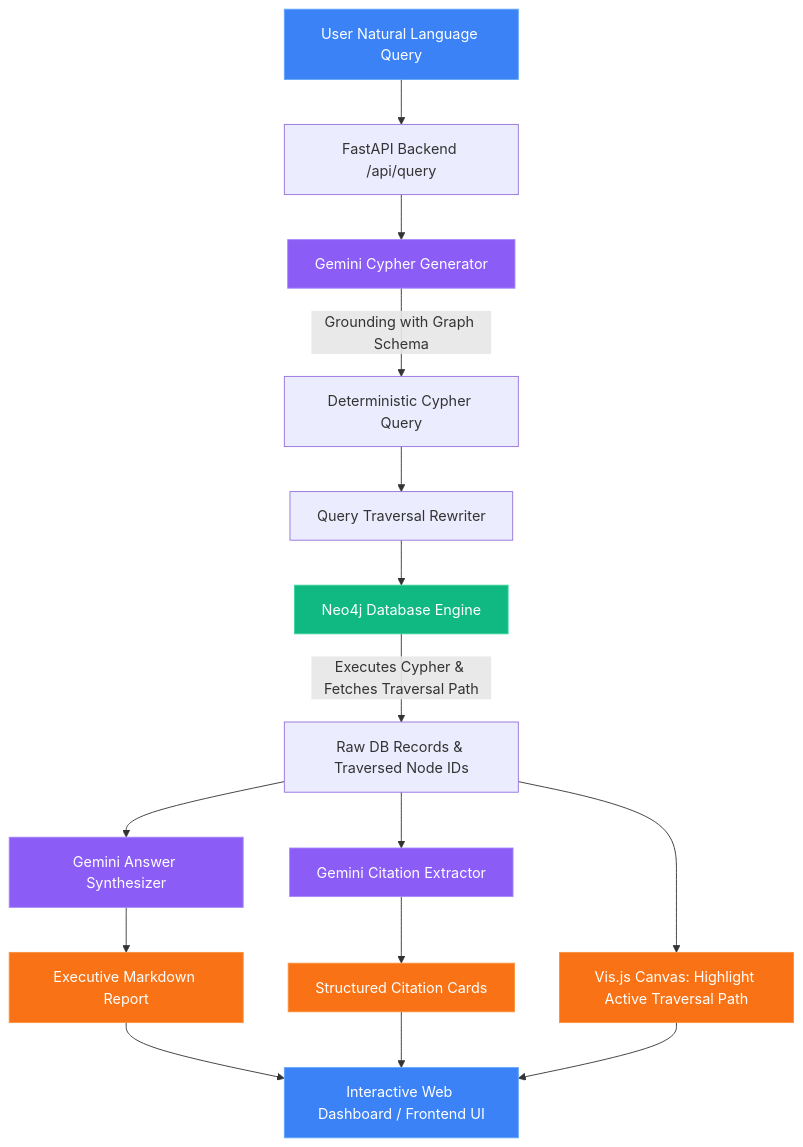
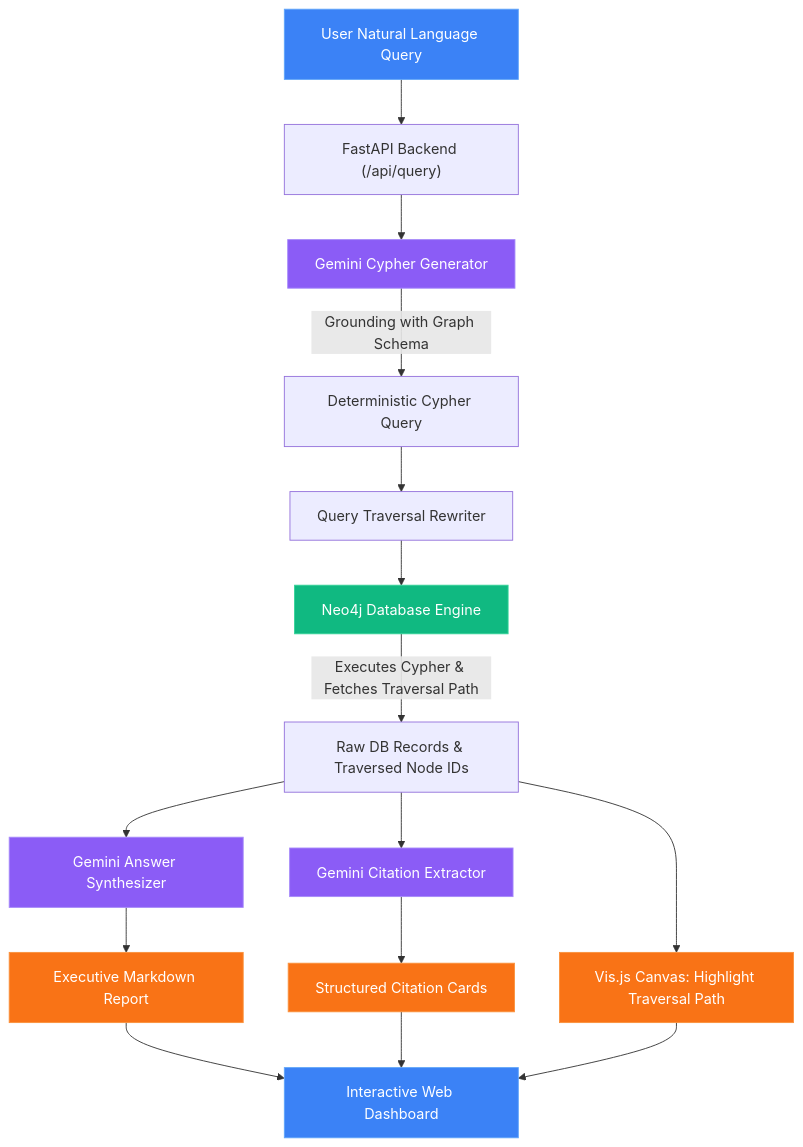
Before and after one commit to mdansaridw/Knowledge-Graph-Rag: the first of 2 diagrams in README.md, drawn with Mermaid. The commit also changed other lines of this file, not shown here.

Commit message:
fix(docs): resolve LaTeX math underscore and Mermaid diamond syntax errors in README

````diff
--- a/README.md
+++ b/README.md
@@ -59,25 +61,25 @@
 ```mermaid
 graph TD
-    A[User Natural Language Query] --> B[FastAPI Backend /api/query]
-    B --> C[Gemini Cypher Generator]
-    C -->|Grounding with Graph Schema| D[Deterministic Cypher Query]
-    D --> E[Query Traversal Rewriter]
-    E --> F[Neo4j Database Engine]
-    F -->|Executes Cypher & Fetches Traversal Path| G[Raw DB Records & Traversed Node IDs]
-    G --> H[Gemini Answer Synthesizer]
-    G --> I[Gemini Citation Extractor]
-    H --> J[Executive Markdown Report]
-    I --> K[Structured Citation Cards]
-    G --> L[Vis.js Canvas: Highlight Active Traversal Path]
-    J & K & L --> M[Interactive Web Dashboard / Frontend UI]
+    A["User Natural Language Query"] --> B["FastAPI Backend (/api/query)"]
+    B --> C["Gemini Cypher Generator"]
+    C -->|Grounding with Graph Schema| D["Deterministic Cypher Query"]
+    D --> E["Query Traversal Rewriter"]
+    E --> F["Neo4j Database Engine"]
+    F -->|Executes Cypher & Fetches Traversal Path| G["Raw DB Records & Traversed Node IDs"]
+    G --> H["Gemini Answer Synthesizer"]
+    G --> I["Gemini Citation Extractor"]
+    H --> J["Executive Markdown Report"]
+    I --> K["Structured Citation Cards"]
+    G --> L["Vis.js Canvas: Highlight Traversal Path"]
+    J & K & L --> M["Interactive Web Dashboard"]
 
     classDef blue fill:#3b82f6,stroke:#60a5fa,color:#fff;
     classDef green fill:#10b981,stroke:#34d399,color:#fff;
     classDef purple fill:#8b5cf6,stroke:#a78bfa,color:#fff;
     classDef orange fill:#f97316,stroke:#fb923c,color:#fff;
 
     class A,M blue;
     class C,H,I purple;
     class F green;
     class J,K,L orange;
 ```
````
